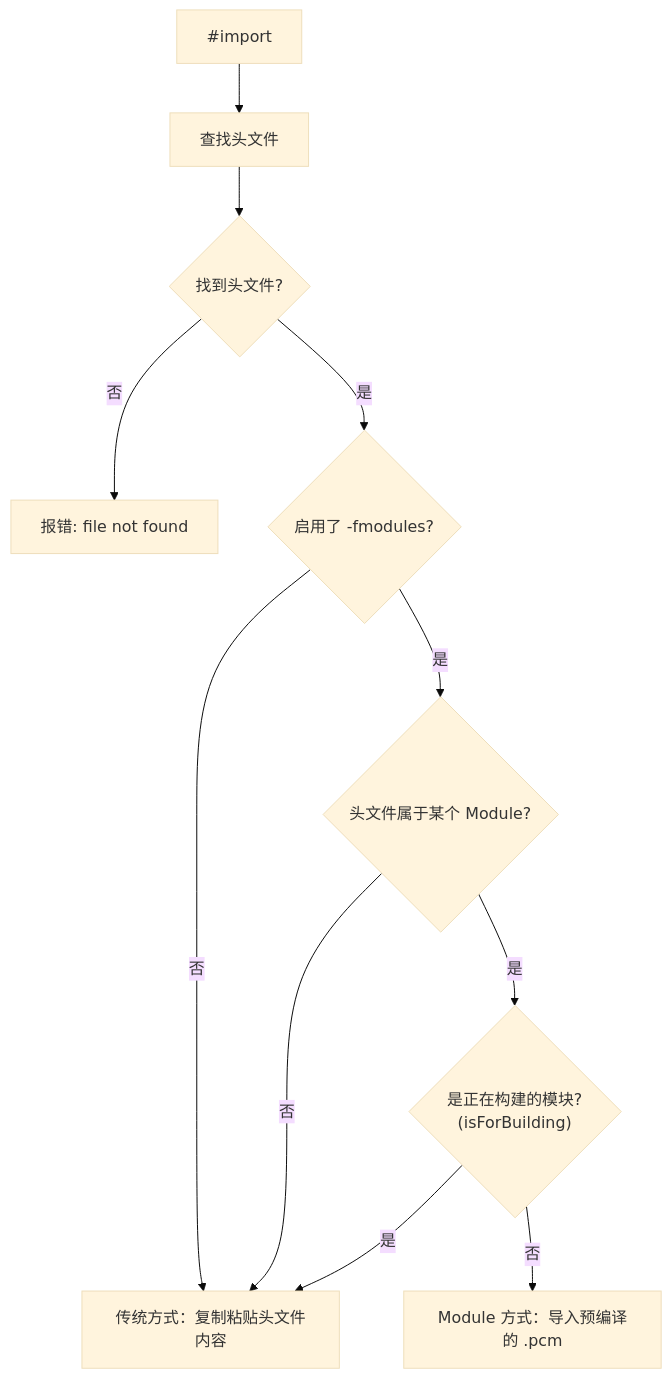
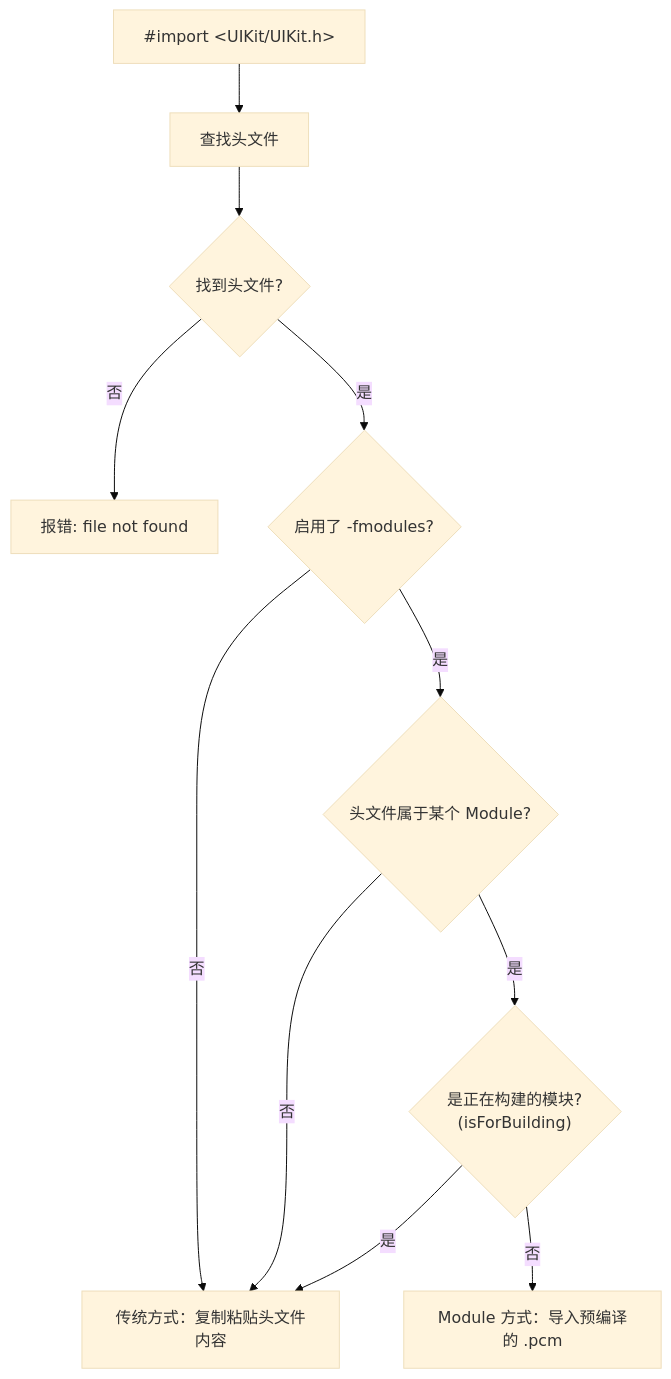
One commit to AmatsuZero/LastStand changed the third of 4 diagrams in content/posts/interview/ios-basics/Objective-C中import详解/index.md. Above: the diagram before and after it, drawn with Mermaid (base theme). The commit also changed 6 other files, not shown here.

First line of the commit message:
fix(mermaid): escape angle brackets in node labels for Mermaid 11+ compatibility

````diff
--- a/content/posts/interview/ios-basics/Objective-C中import详解/index.md
+++ b/content/posts/interview/ios-basics/Objective-C中import详解/index.md
@@ -910,13 +910,13 @@
 ```mermaid
 flowchart TD
-    A["#import <UIKit/UIKit.h>"] --> B["查找头文件"]
+    A["#import &lt;UIKit/UIKit.h&gt;"] --> B["查找头文件"]
     B --> C{"找到头文件?"}
     C -->|否| ERR["报错: file not found"]
     C -->|是| D{"启用了 -fmodules?"}
     D -->|否| LEGACY["传统方式：复制粘贴头文件内容"]
     D -->|是| E{"头文件属于某个 Module?"}
     E -->|否| LEGACY
     E -->|是| F{"是正在构建的模块?<br/>(isForBuilding)"}
     F -->|是| LEGACY
     F -->|否| MODULE["Module 方式：导入预编译的 .pcm"]
 ```
````
